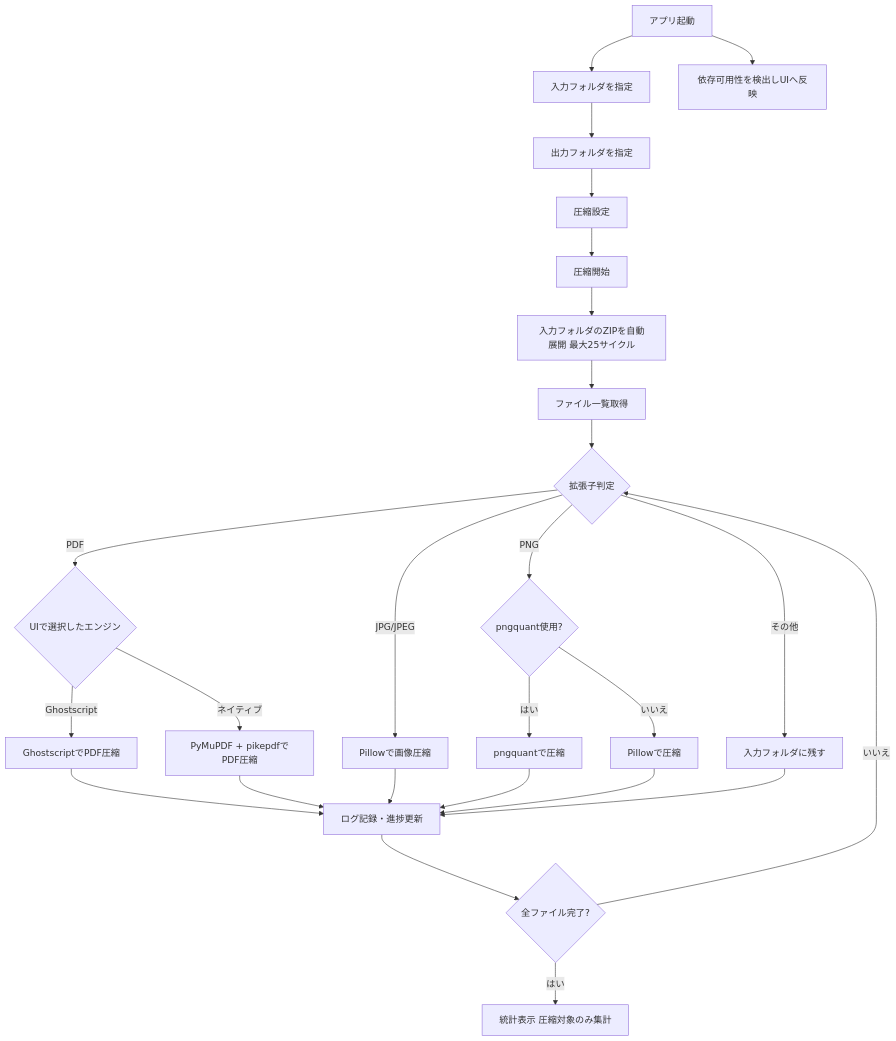
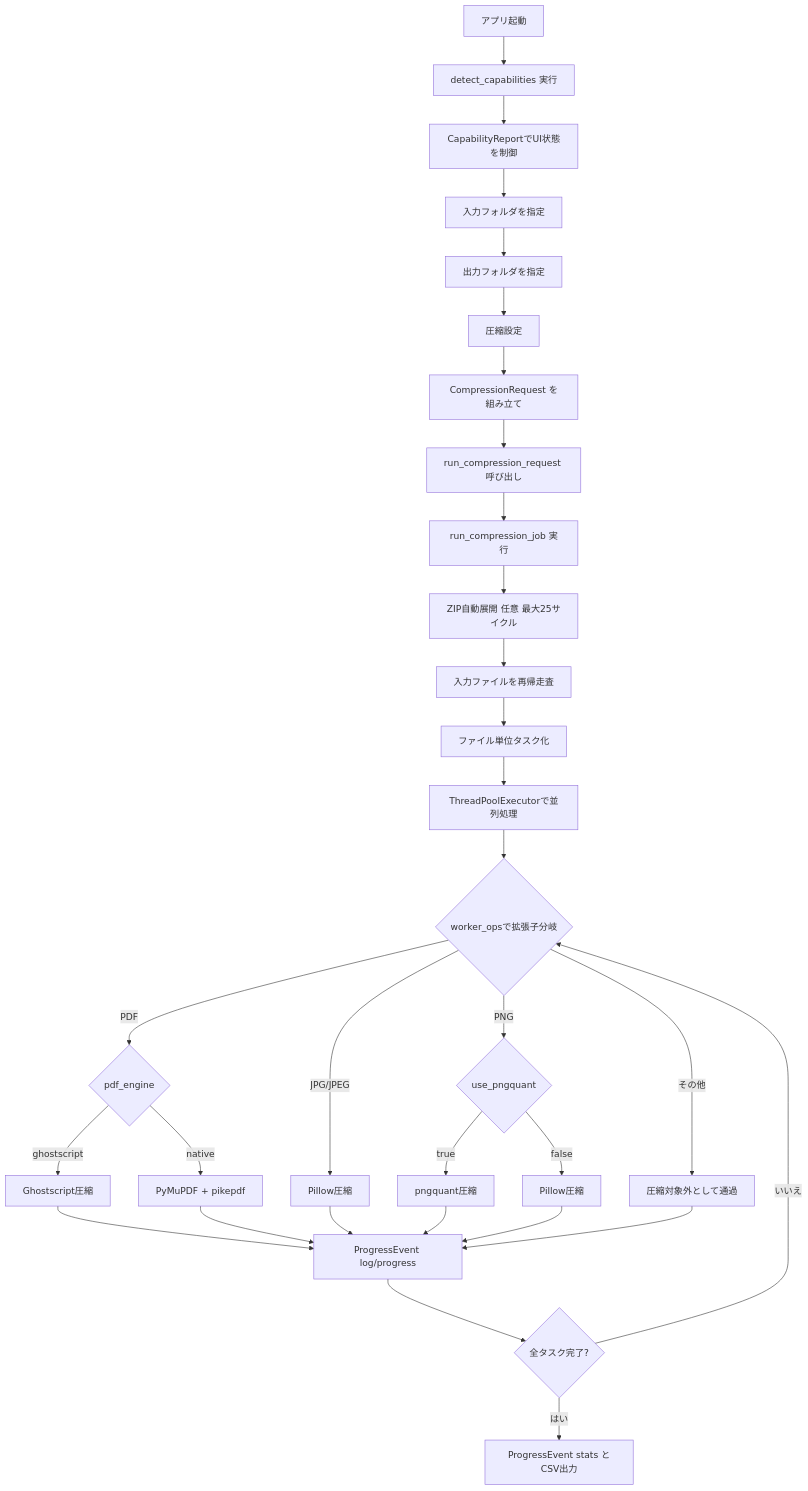
One commit to sho-kawasaki-dd/pjp_compressor_v2 changed the first of 3 diagrams in Documentation/flow_sequence_and_class_diagrams.md. Above: the diagram before and after it, drawn with Mermaid. The commit also changed other lines of this file and 5 other files, not shown here.

````diff
--- a/Documentation/flow_sequence_and_class_diagrams.md
+++ b/Documentation/flow_sequence_and_class_diagrams.md
@@ -5,28 +10,33 @@
 ```mermaid
 flowchart TD
-  A[アプリ起動] --> B[入力フォルダを指定]
-    A --> A1[依存可用性を検出しUIへ反映]
-  B --> C[出力フォルダを指定]
-  C --> D[圧縮設定]
-  D --> E[圧縮開始]
-  E --> F[入力フォルダのZIPを自動展開 最大25サイクル]
-  F --> G[ファイル一覧取得]
-  G --> H{拡張子判定}
-    H -- PDF --> I{UIで選択したエンジン}
-    I -- Ghostscript --> J[GhostscriptでPDF圧縮]
-    I -- ネイティブ --> L[PyMuPDF + pikepdfでPDF圧縮]
-  H -- JPG/JPEG --> N[Pillowで画像圧縮]
-  H -- PNG --> O{pngquant使用?}
-  O -- はい --> P[pngquantで圧縮]
-  O -- いいえ --> Q[Pillowで圧縮]
-  H -- その他 --> R[入力フォルダに残す]
-  J --> S[ログ記録・進捗更新]
-  L --> S
-  N --> S
-  P --> S
-  Q --> S
-  R --> S
-  S --> T{全ファイル完了?}
-  T -- いいえ --> H
-  T -- はい --> U[統計表示 圧縮対象のみ集計]
+    A[アプリ起動] --> A1[detect_capabilities 実行]
+    A1 --> A2[CapabilityReportでUI状態を制御]
+    A2 --> B[入力フォルダを指定]
+    B --> C[出力フォルダを指定]
+    C --> D[圧縮設定]
+    D --> E[CompressionRequest を組み立て]
+    E --> F[run_compression_request 呼び出し]
+    F --> G[run_compression_job 実行]
+    G --> H[ZIP自動展開 任意 最大25サイクル]
+    H --> I[入力ファイルを再帰走査]
+    I --> J[ファイル単位タスク化]
+    J --> K[ThreadPoolExecutorで並列処理]
+    K --> L{worker_opsで拡張子分岐}
+    L -- PDF --> M{pdf_engine}
+    M -- ghostscript --> N[Ghostscript圧縮]
+    M -- native --> O[PyMuPDF + pikepdf]
+    L -- JPG/JPEG --> P[Pillow圧縮]
+    L -- PNG --> Q{use_pngquant}
+    Q -- true --> R[pngquant圧縮]
+    Q -- false --> S[Pillow圧縮]
+    L -- その他 --> T[圧縮対象外として通過]
+    N --> U[ProgressEvent log/progress]
+    O --> U
+    P --> U
+    R --> U
+    S --> U
+    T --> U
+    U --> V{全タスク完了?}
+    V -- いいえ --> L
+    V -- はい --> W[ProgressEvent stats とCSV出力]
 ```
````
